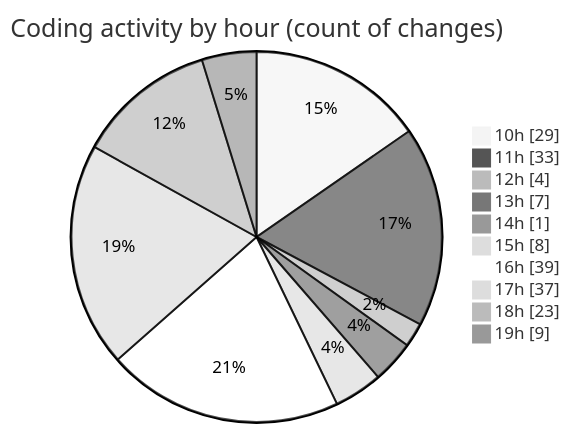
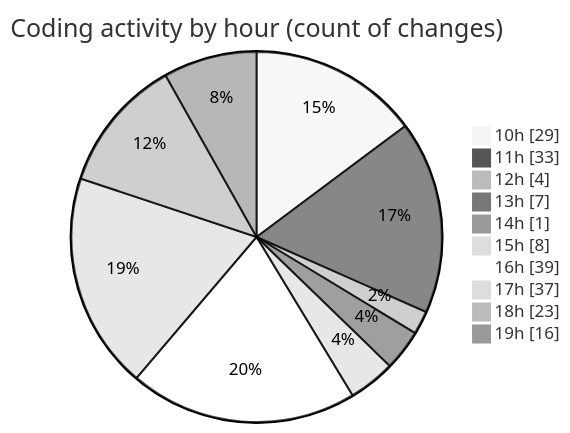
Before and after one commit to momahboobian/code-tracking: the second of 2 diagrams in 2025-06-05/cda/README.md, drawn with Mermaid (neutral theme). The commit also changed other lines of this file and 1 other file, not shown here.

````diff
--- a/2025-06-05/cda/README.md
+++ b/2025-06-05/cda/README.md
@@ -71,14 +71,14 @@
 ```mermaid
 pie showData
 title Coding activity by hour (count of changes)
 "10h" : 29
 "11h" : 33
 "12h" : 4
 "13h" : 7
 "14h" : 1
 "15h" : 8
 "16h" : 39
 "17h" : 37
 "18h" : 23
-"19h" : 9
+"19h" : 16
 ```
````
